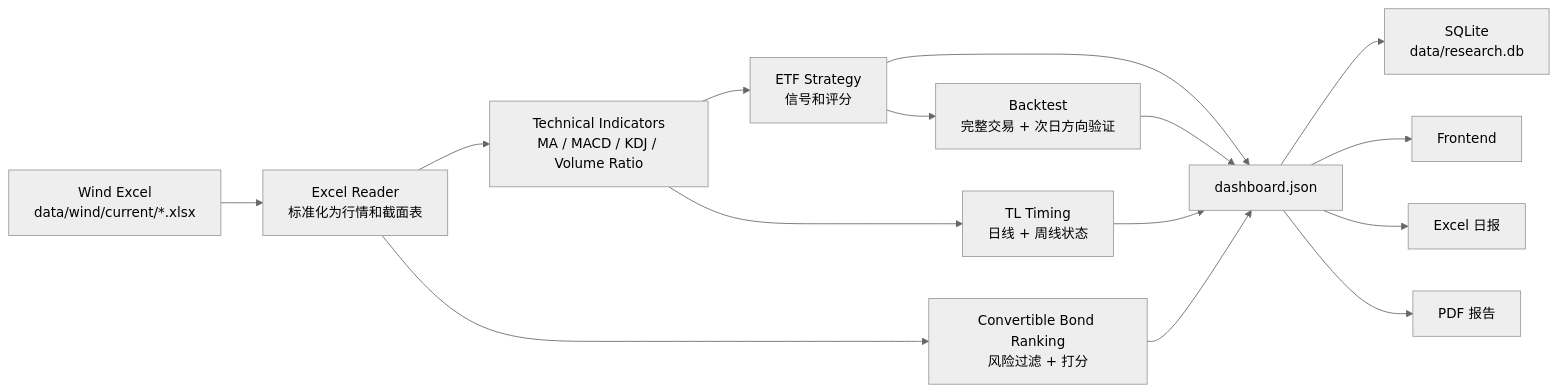
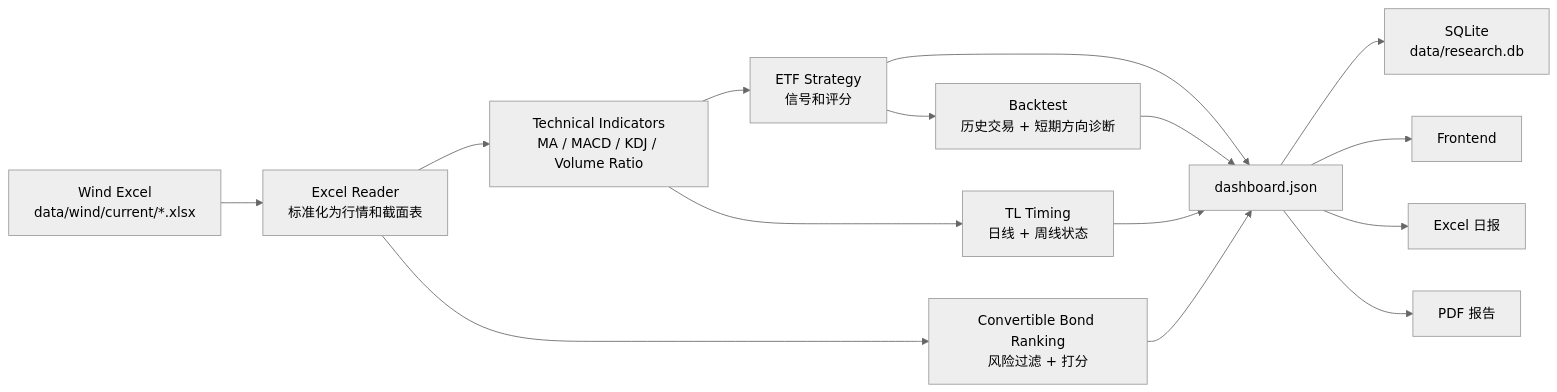
Before and after one commit to Gmasterzhangxinyang/AI-investment: the third of 3 diagrams in README.md, drawn with Mermaid (neutral theme). The commit also changed other lines of this file and 35 other files, not shown here.

````diff
--- a/README.md
+++ b/README.md
@@ -123,19 +130,19 @@
 ```mermaid
 flowchart LR
     Excel["Wind Excel<br/>data/wind/current/*.xlsx"] --> Ingest["Excel Reader<br/>标准化为行情和截面表"]
     Ingest --> Indicators["Technical Indicators<br/>MA / MACD / KDJ / Volume Ratio"]
     Indicators --> ETF["ETF Strategy<br/>信号和评分"]
     Indicators --> TL["TL Timing<br/>日线 + 周线状态"]
     Ingest --> CB["Convertible Bond Ranking<br/>风险过滤 + 打分"]
 
     ETF --> Dashboard["dashboard.json"]
     TL --> Dashboard
     CB --> Dashboard
-    ETF --> Backtest["Backtest<br/>完整交易 + 次日方向验证"]
+    ETF --> Backtest["Backtest<br/>历史交易 + 短期方向诊断"]
     Backtest --> Dashboard
 
     Dashboard --> SQLite["SQLite<br/>data/research.db"]
     Dashboard --> Frontend["Frontend"]
     Dashboard --> ExcelReport["Excel 日报"]
     Dashboard --> PDFReport["PDF 报告"]
 ```
````
